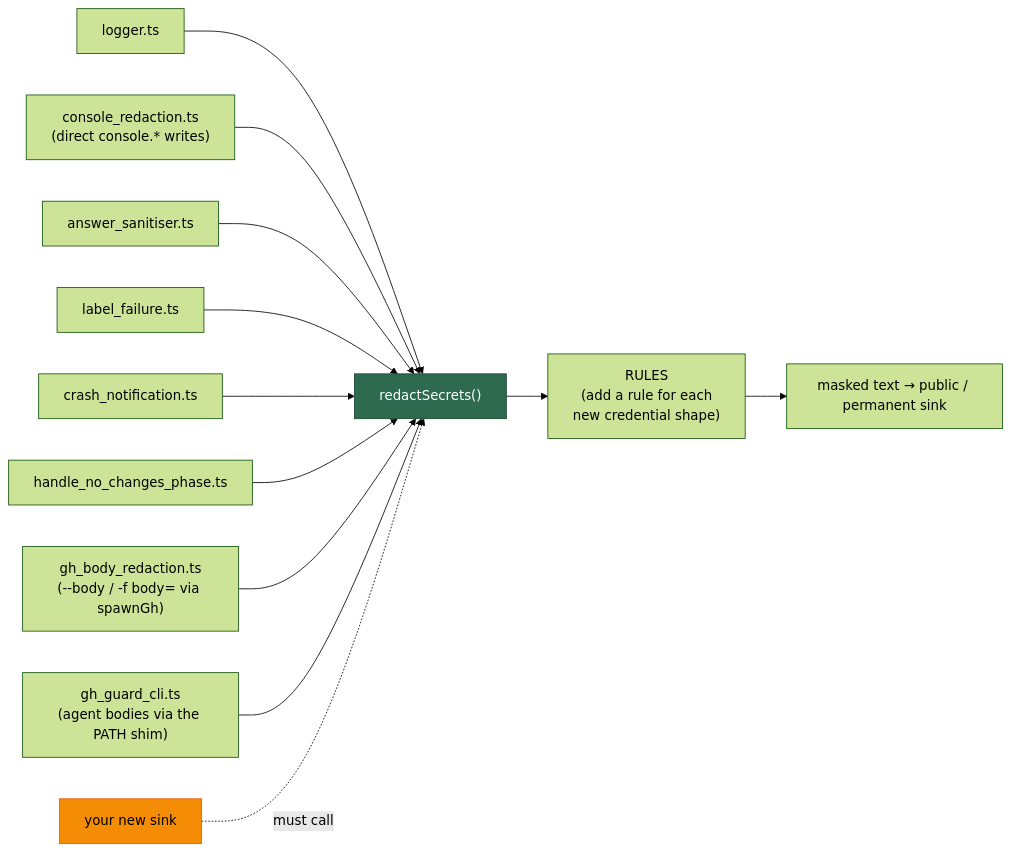
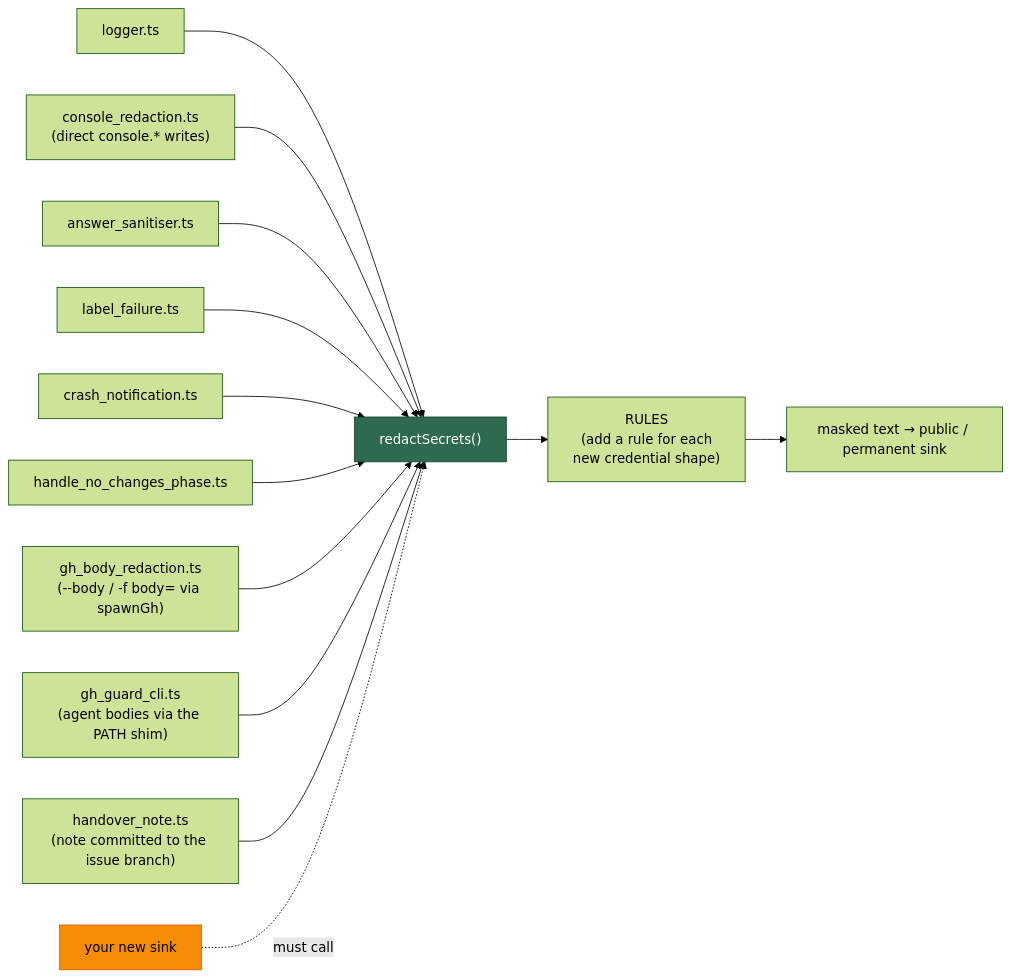
Before and after one commit to stSoftwareAU/VibeCoder: the fourth of 9 diagrams in SECURITY.md, drawn with Mermaid (forest theme). The commit also changed other lines of this file and 5 other files, not shown here.

````diff
--- a/SECURITY.md
+++ b/SECURITY.md
@@ -412,16 +416,17 @@
 ```mermaid
 flowchart LR
     L["logger.ts"] --> R["redactSecrets()"]
     CR["console_redaction.ts<br/>(direct console.* writes)"] --> R
     A["answer_sanitiser.ts"] --> R
     F["label_failure.ts"] --> R
     C["crash_notification.ts"] --> R
     P["handle_no_changes_phase.ts"] --> R
     G["gh_body_redaction.ts<br/>(--body / -f body= via spawnGh)"] --> R
     GA["gh_guard_cli.ts<br/>(agent bodies via the PATH shim)"] --> R
+    HN["handover_note.ts<br/>(note committed to the issue branch)"] --> R
     N["your new sink"] -.must call.-> R
     R --> RULES["RULES\n(add a rule for each\nnew credential shape)"]
     RULES --> O["masked text → public / permanent sink"]
     style R fill:#2d6a4f,stroke:#1b4332,color:#fff
     style N fill:#f48c06,stroke:#e85d04,color:#000
 ```
````
